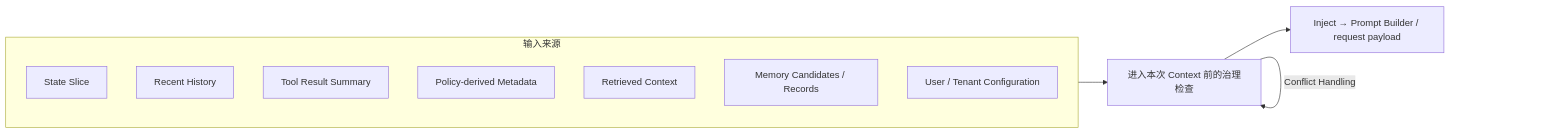
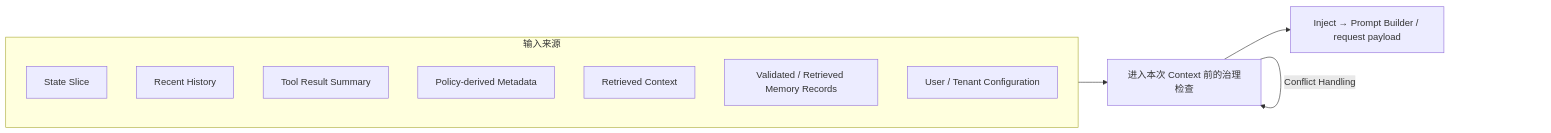
The fifth of 7 diagrams in docs/02-agent-runtime/ch07-memory-context-management.md (AnRun-M/enterprise-ai-agent-handbook), drawn with Mermaid before and after one commit. The commit also changed other lines of this file, not shown here.

Commit message:
docs: refine memory and context governance boundaries

````diff
--- a/docs/02-agent-runtime/ch07-memory-context-management.md
+++ b/docs/02-agent-runtime/ch07-memory-context-management.md
@@ -149,20 +205,20 @@
 ```mermaid
 flowchart LR
     subgraph SRC["输入来源"]
         S1["State Slice"]
         S2["Recent History"]
         S3["Tool Result Summary"]
         S4["Policy-derived Metadata"]
         S5["Retrieved Context"]
-        S6["Memory Candidates / Records"]
+        S6["Validated / Retrieved Memory Records"]
         S7["User / Tenant Configuration"]
     end
     SRC --> G["进入本次 Context 前的治理检查"]
     G --> I["Inject → Prompt Builder / request payload"]
     G -->|"Authorization"| G
     G -->|"Tenant Isolation"| G
     G -->|"Provenance"| G
     G -->|"Freshness"| G
     G -->|"Size Control"| G
     G -->|"Conflict Handling"| G
 ```
````
